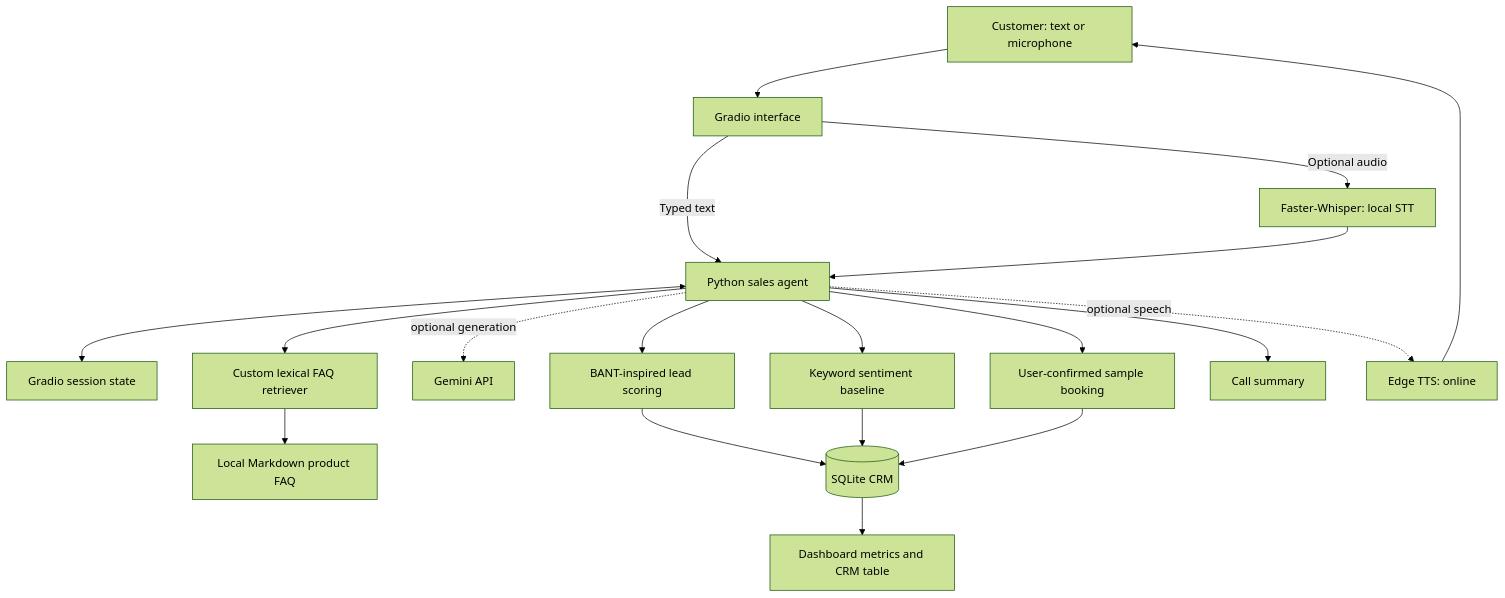
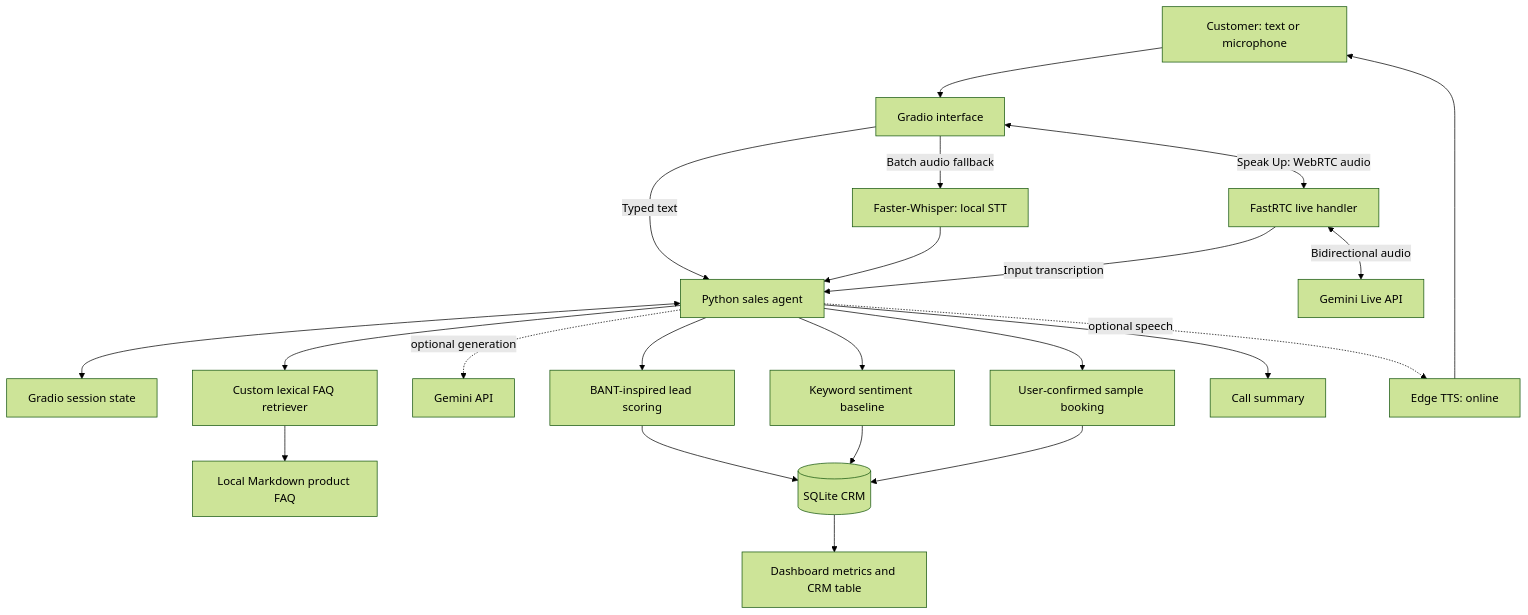
The diagram in architecture/system_architecture.md (Yogeshyadav870/AAHVANI-AI), drawn with Mermaid (forest theme) before and after one commit. The commit also changed other lines of this file, not shown here.

Commit message:
Document real-time Gemini Live voice architecture and CRM transcript flow

````diff
--- a/architecture/system_architecture.md
+++ b/architecture/system_architecture.md
@@ -7,21 +7,24 @@
 ```mermaid
 flowchart TD
     Customer[Customer: text or microphone] --> UI[Gradio interface]
     UI -->|Typed text| Agent[Python sales agent]
-    UI -->|Optional audio| STT[Faster-Whisper: local STT]
+    UI -->|Batch audio fallback| STT[Faster-Whisper: local STT]
     STT --> Agent
+    UI <-->|Speak Up: WebRTC audio| Live[FastRTC live handler]
+    Live <-->|Bidirectional audio| GeminiLive[Gemini Live API]
+    Live -->|Input transcription| Agent
     Agent <--> Memory[Gradio session state]
     Agent --> Retriever[Custom lexical FAQ retriever]
     Retriever --> KB[Local Markdown product FAQ]
     Agent -. optional generation .-> Gemini[Gemini API]
     Agent --> Qualifier[BANT-inspired lead scoring]
     Agent --> Sentiment[Keyword sentiment baseline]
     Qualifier --> CRM[(SQLite CRM)]
     Sentiment --> CRM
     Agent --> Booking[User-confirmed sample booking]
     Booking --> CRM
     Agent --> Summary[Call summary]
     CRM --> Dashboard[Dashboard metrics and CRM table]
     Agent -. optional speech .-> TTS[Edge TTS: online]
     TTS --> Customer
 ```
````
